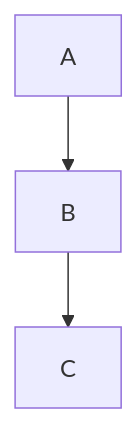
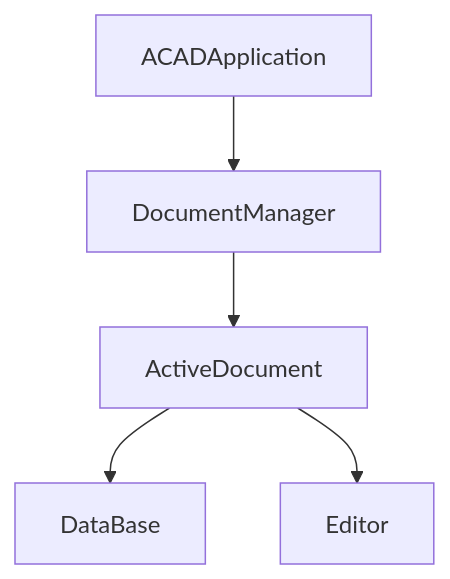
One commit to NodesAutomations/CSharp changed the diagram in Autocad/Doc/AutoCAD Object Model.md. Above: the diagram before and after it, drawn with Mermaid.

Commit message:
Update AutoCAD Object Model.md

````diff
--- a/Autocad/Doc/AutoCAD Object Model.md
+++ b/Autocad/Doc/AutoCAD Object Model.md
@@ -2,5 +2,7 @@
 ```mermaid
 graph TD
-A-->B
-B-->C
+A[ACADApplication]-->B[DocumentManager]
+B-->C[ActiveDocument]
+C-->D[DataBase]
+C-->E[Editor]
 ```
````
